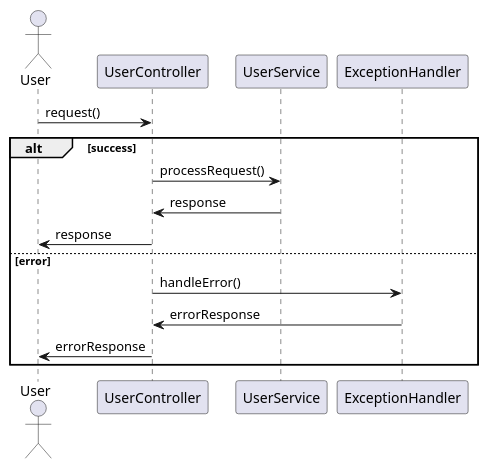
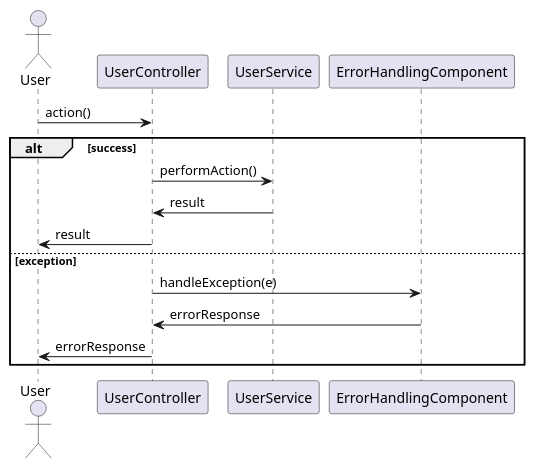
Before and after one commit to shreya-cn/autodev.ai: the fourth of 5 diagrams in identityprovider/documentation/detaileddesign.adoc, drawn with PlantUML. The commit also changed other lines of this file and 3 other files, not shown here.

```diff
--- a/identityprovider/documentation/detaileddesign.adoc
+++ b/identityprovider/documentation/detaileddesign.adoc
@@ -333,20 +317,20 @@
-[plantuml, exception-handling-flow, png]
+[plantuml, exception-handling-sequence, png]
 ----
 @startuml
 actor User
 participant UserController
 participant UserService
-participant ExceptionHandler
+participant ErrorHandlingComponent
 
-User -> UserController : request()
+User -> UserController : action()
 alt success
-  UserController -> UserService : processRequest()
-  UserService -> UserController : response
-  UserController -> User : response
-else error
-  UserController -> ExceptionHandler : handleError()
-  ExceptionHandler -> UserController : errorResponse
+  UserController -> UserService : performAction()
+  UserService -> UserController : result
+  UserController -> User : result
+else exception
+  UserController -> ErrorHandlingComponent : handleException(e)
+  ErrorHandlingComponent -> UserController : errorResponse
   UserController -> User : errorResponse
 end
 @enduml
 ----
```
